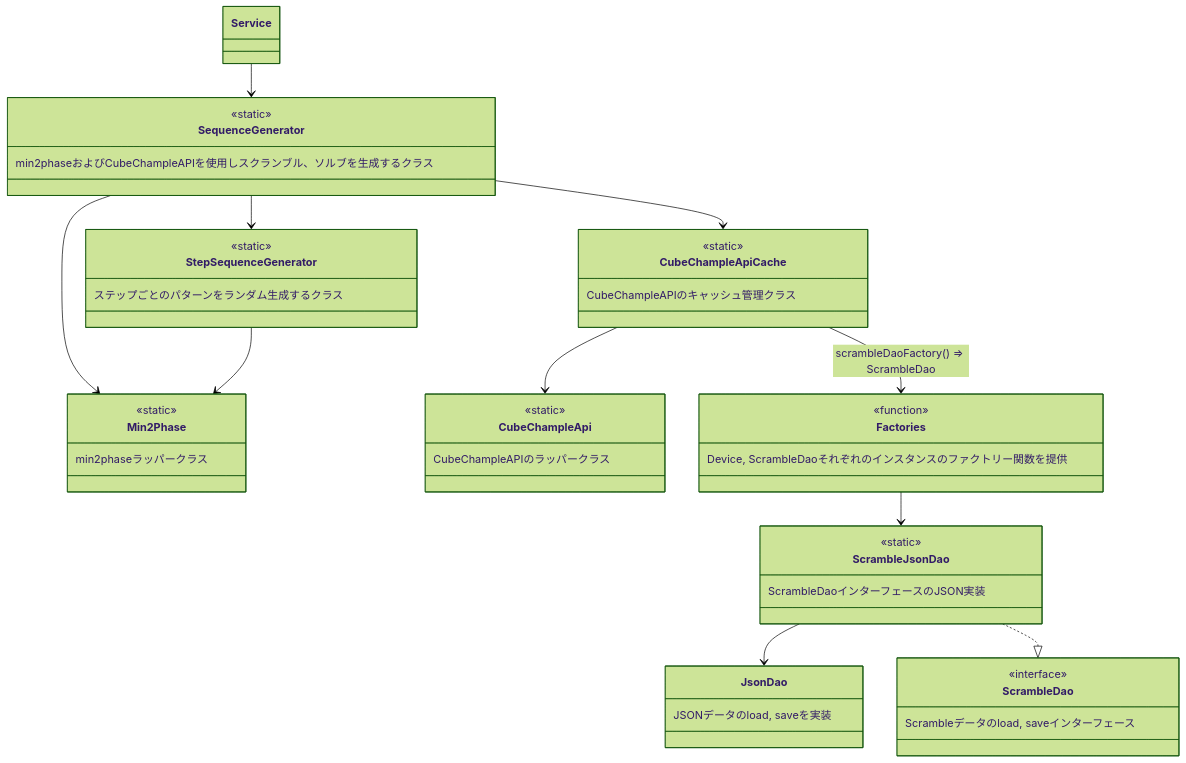
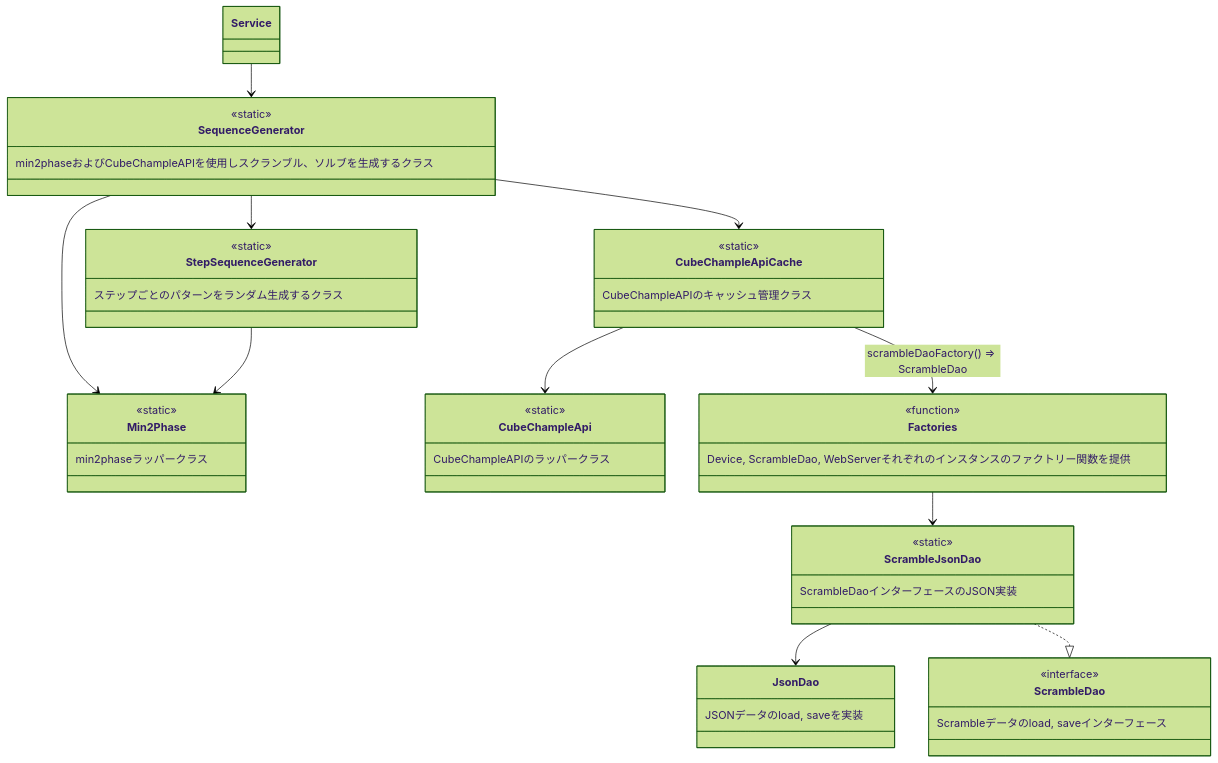
One commit to miso-develop/cube-scrambler changed the diagram in docs/components/SequenceGenerator.md. Above: the diagram before and after it, drawn with Mermaid (forest theme). The commit also changed 60 other files, not shown here.

Commit message:
* [add] SOLVEにカメラ認識機能追加 * [add] httpsアクセス対応 * [update] UIの機能タブ順を変更 * [refact] 全体的にリファクタリング * [docs] コンポーネント図更新

````diff
--- a/docs/components/SequenceGenerator.md
+++ b/docs/components/SequenceGenerator.md
@@ -1,72 +1,72 @@
 ```mermaid
 classDiagram
 
 class Service {
 	
 }
 Service --> SequenceGenerator
 
 
 
 class SequenceGenerator {
 	<<static>>
 	min2phaseおよびCubeChampleAPIを使用しスクランブル、ソルブを生成するクラス
 }
 SequenceGenerator --> Min2Phase
 SequenceGenerator --> CubeChampleApiCache
 SequenceGenerator --> StepSequenceGenerator
 
 class Min2Phase{
 	<<static>>
 	min2phaseラッパークラス
 }
 
 class CubeChampleApiCache{
 	<<static>>
 	CubeChampleAPIのキャッシュ管理クラス
 }
 CubeChampleApiCache --> CubeChampleApi
 %% CubeChampleApiCache --> ScrambleDao : type
 CubeChampleApiCache --> Factories : scrambleDaoFactory() => ScrambleDao
 
 class CubeChampleApi {
 	<<static>>
 	CubeChampleAPIのラッパークラス
 }
 
 
 
 class StepSequenceGenerator {
 	<<static>>
 	ステップごとのパターンをランダム生成するクラス
 }
 StepSequenceGenerator --> Min2Phase
 
 
 
 class Factories {
 	<<function>>
-	Device, ScrambleDaoそれぞれのインスタンスのファクトリー関数を提供
+	Device, ScrambleDao, WebServerそれぞれのインスタンスのファクトリー関数を提供
 }
 %% Factories --> ScrambleDao : type
 Factories --> ScrambleJsonDao
 
 
 
 class ScrambleDao {
 	<<interface>>
 	Scrambleデータのload, saveインターフェース
 }
 
 class ScrambleJsonDao {
 	<<static>>
 	ScrambleDaoインターフェースのJSON実装
 }
 ScrambleJsonDao --> JsonDao
 ScrambleJsonDao ..|> ScrambleDao
 
 class JsonDao {
 	JSONデータのload, saveを実装
 }
 
 ```
````
